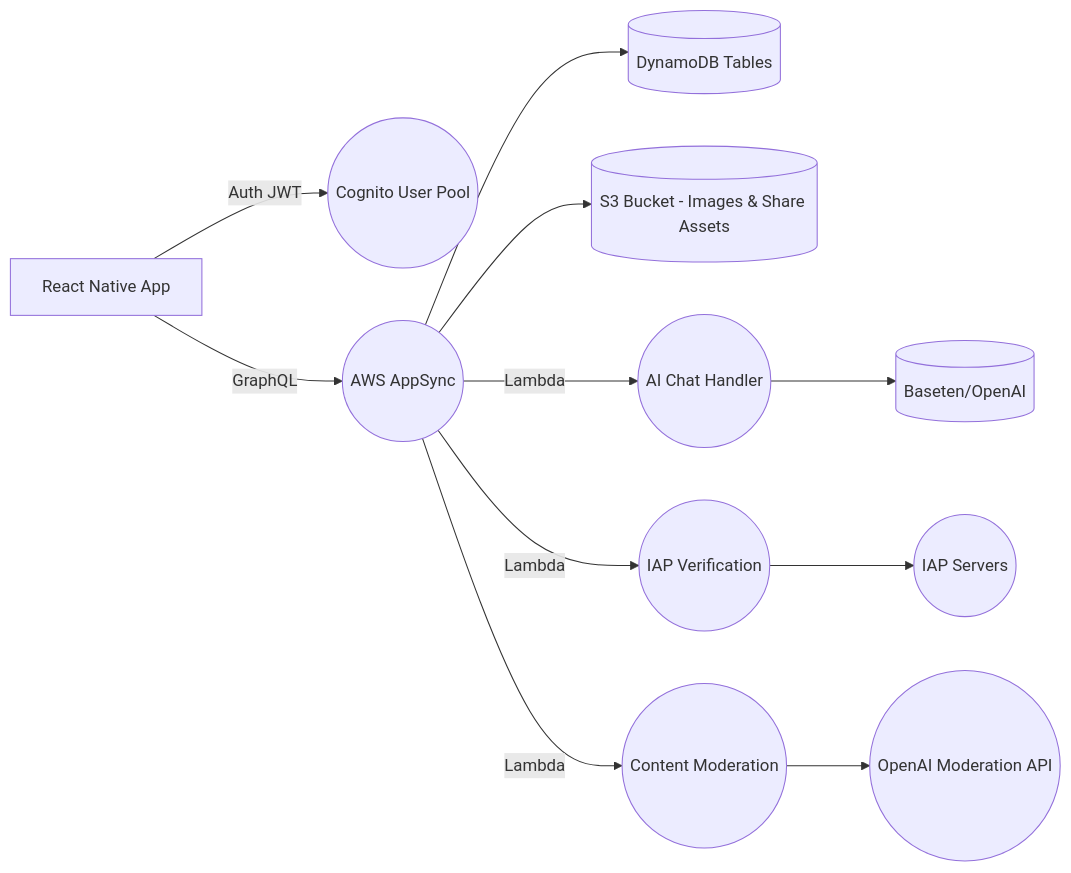
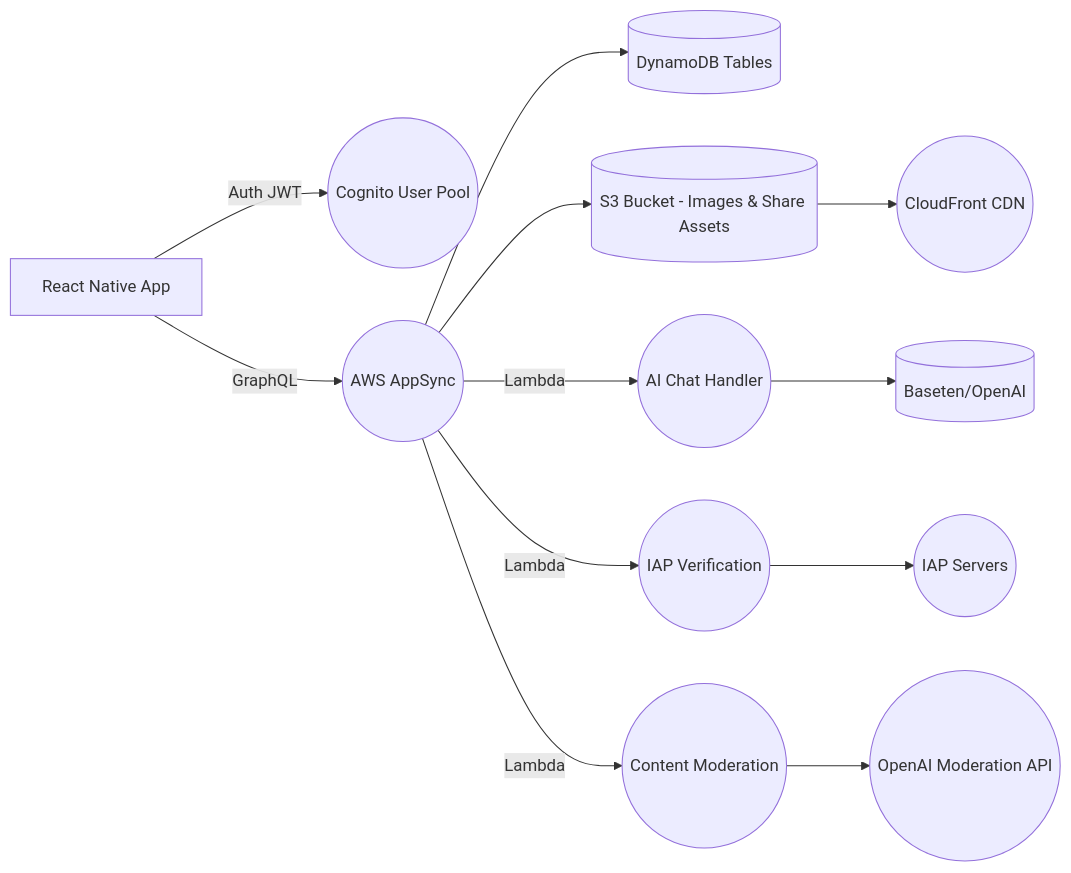
Before and after one commit to ZuchGuillotine/HINTO: the diagram in docs/Backend_design_architecture.md, drawn with Mermaid. The commit also changed other lines of this file and 52 other files, not shown here.

````diff
--- a/docs/Backend_design_architecture.md
+++ b/docs/Backend_design_architecture.md
@@ -19,14 +20,15 @@
 ```mermaid
 flowchart LR
   ClientApp[React Native App]
   ClientApp -->|Auth JWT| Cognito((Cognito User Pool))
   ClientApp -->|GraphQL| AppSync((AWS AppSync))
   AppSync --> DynamoDB[(DynamoDB Tables)]
   AppSync --> S3[(S3 Bucket - Images & Share Assets)]
   AppSync -->|Lambda| ChatLambda((AI Chat Handler))
   AppSync -->|Lambda| PaymentLambda((IAP Verification))
   AppSync -->|Lambda| ModerationLambda((Content Moderation))
   ChatLambda --> Baseten[(Baseten/OpenAI)]
   PaymentLambda --> Apple/Google((IAP Servers))
   ModerationLambda --> OpenAI_Mod((OpenAI Moderation API))
+  S3 --> CloudFront((CloudFront CDN))
 ```
````
